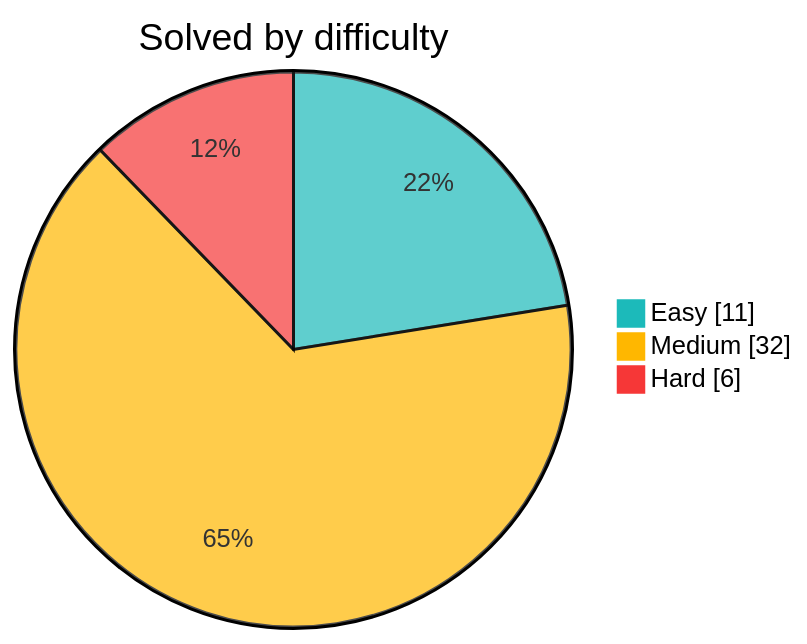
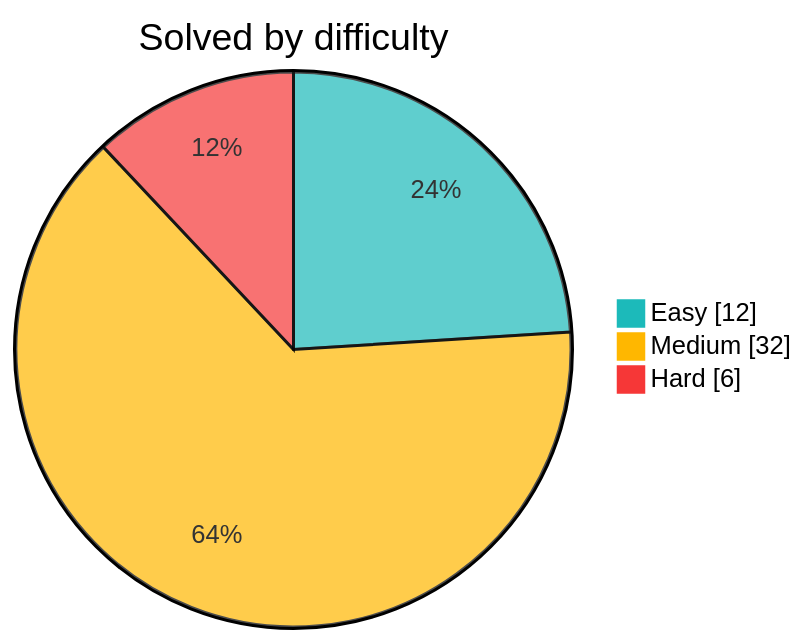
One commit to Sekler09/algorithms changed the diagram in README.md. Above: the diagram before and after it, drawn with Mermaid. The commit also changed other lines of this file and 3 other files, not shown here.

````diff
--- a/README.md
+++ b/README.md
@@ -9,8 +9,8 @@
 ```mermaid
 %%{init: {"themeVariables": {"pie1": "#1cbaba", "pie2": "#ffb700", "pie3": "#f63737"}}}%%
 pie showData
     title Solved by difficulty
-    "Easy" : 11
+    "Easy" : 12
     "Medium" : 32
     "Hard" : 6
 ```
````
